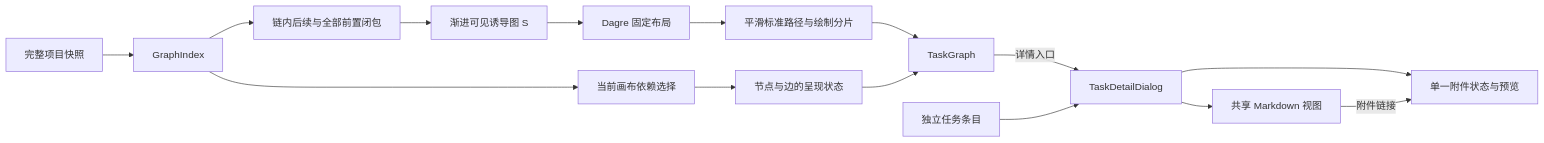
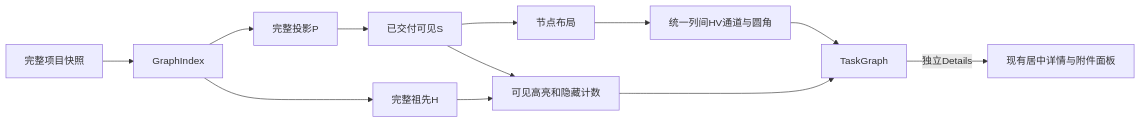
One commit to codetreker/day-night changed the diagram in docs/design/daynight-task-inspection.md. Above: the diagram before and after it, drawn with Mermaid. The commit also changed other lines of this file and 44 other files, not shown here.

First line of the commit message:
feat: inspect task prerequisites

````diff
--- a/docs/design/daynight-task-inspection.md
+++ b/docs/design/daynight-task-inspection.md
@@ -19,17 +13,14 @@
 ```mermaid
 flowchart LR
   Snapshot[完整项目快照] --> Index[GraphIndex]
-  Index --> Projection[链内后续与全部前置闭包]
-  Projection --> Visible[渐进可见诱导图 S]
-  Visible --> Layout[Dagre 固定布局]
-  Layout --> Routes[平滑标准路径与绘制分片]
-  Index --> Inspect[当前画布依赖选择]
-  Inspect --> Classes[节点与边的呈现状态]
-  Routes --> Canvas[TaskGraph]
-  Classes --> Canvas
-  Canvas -->|详情入口| Detail[TaskDetailDialog]
-  Standalone[独立任务条目] --> Detail
-  Detail --> Markdown[共享 Markdown 视图]
-  Detail --> Attachments[单一附件状态与预览]
-  Markdown -->|附件链接| Attachments
+  Index --> P[完整投影P]
+  P --> S[已交付可见S]
+  S --> Layout[节点布局]
+  Layout --> Channels[统一列间HV通道与圆角]
+  Index --> H[完整祖先H]
+  H --> Paint[可见高亮和隐藏计数]
+  S --> Paint
+  Channels --> Canvas[TaskGraph]
+  Paint --> Canvas
+  Canvas -->|独立Details| Detail[现有居中详情与附件面板]
 ```
````
